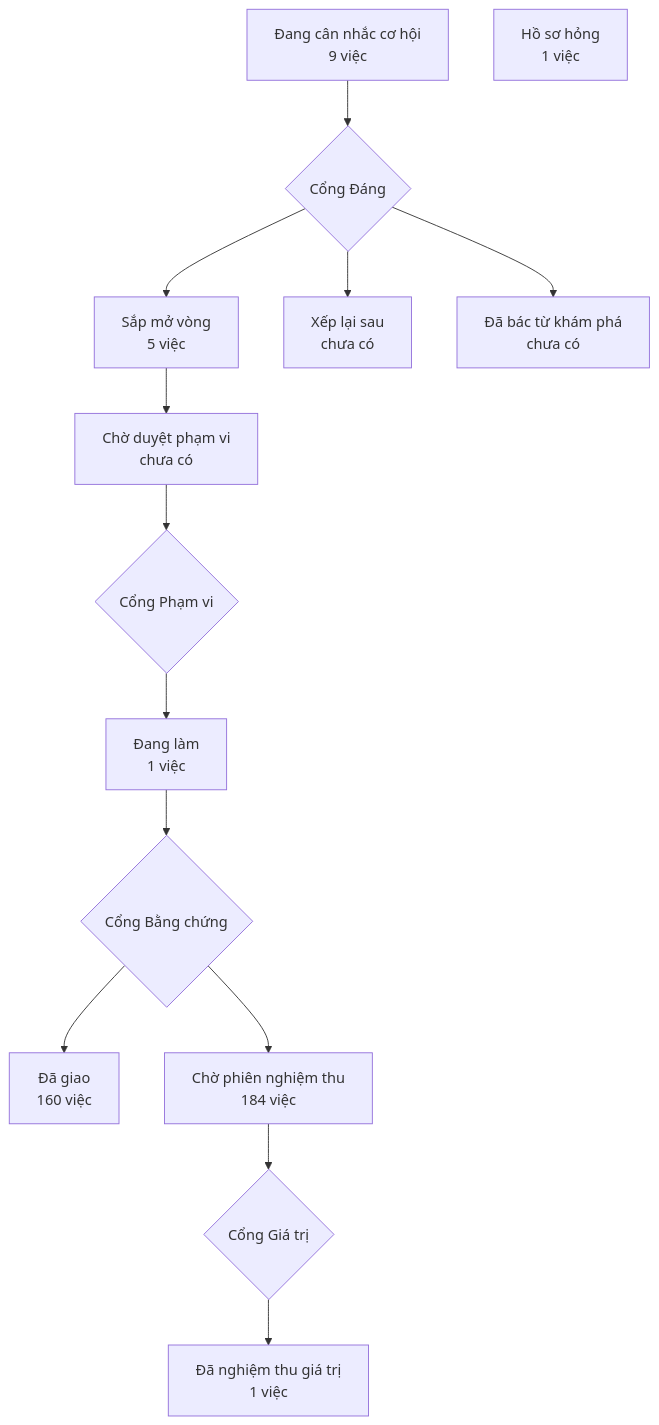
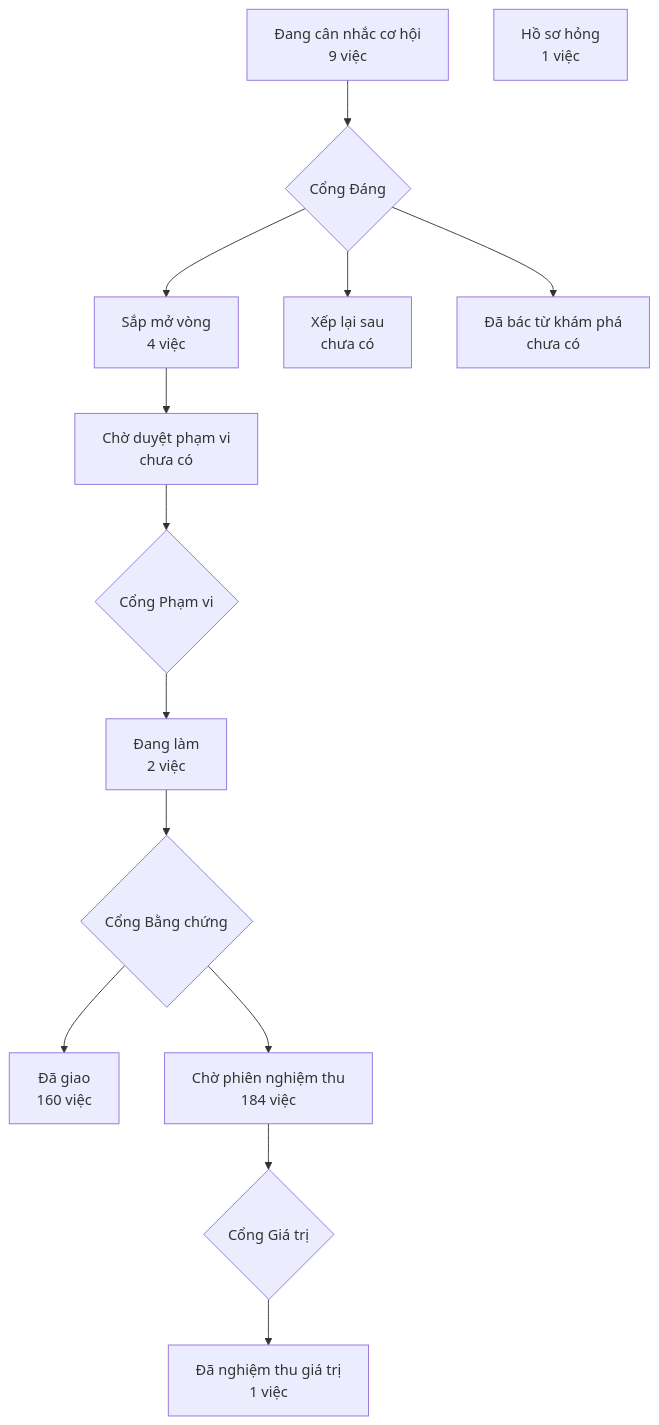
The diagram in PRODUCT-MAP.md (phanlemanh/crm-onehub), drawn with Mermaid before and after one commit. The commit also changed other lines of this file and 1 other file, not shown here.

Commit message:
docs(thu-paths-e15-giai-doan): vẽ lại bản đồ và trang lộ trình sau gộp onehub 5ff537e4c

````diff
--- a/PRODUCT-MAP.md
+++ b/PRODUCT-MAP.md
@@ -7,13 +7,13 @@
 ```mermaid
 flowchart TD
   A["Đang cân nhắc cơ hội<br/>9 việc"] --> GD{"Cổng Đáng"}
-  GD --> B["Sắp mở vòng<br/>5 việc"]
+  GD --> B["Sắp mở vòng<br/>4 việc"]
   GD --> XL["Xếp lại sau<br/>chưa có"]
   GD --> DB["Đã bác từ khám phá<br/>chưa có"]
   B --> CD["Chờ duyệt phạm vi<br/>chưa có"] --> GP{"Cổng Phạm vi"}
-  GP --> DL["Đang làm<br/>1 việc"] --> GB{"Cổng Bằng chứng"}
+  GP --> DL["Đang làm<br/>2 việc"] --> GB{"Cổng Bằng chứng"}
   GB --> DG["Đã giao<br/>160 việc"]
   GB --> CN["Chờ phiên nghiệm thu<br/>184 việc"] --> GG{"Cổng Giá trị"}
   GG --> NT["Đã nghiệm thu giá trị<br/>1 việc"]
   HS["Hồ sơ hỏng<br/>1 việc"]
 ```
````
